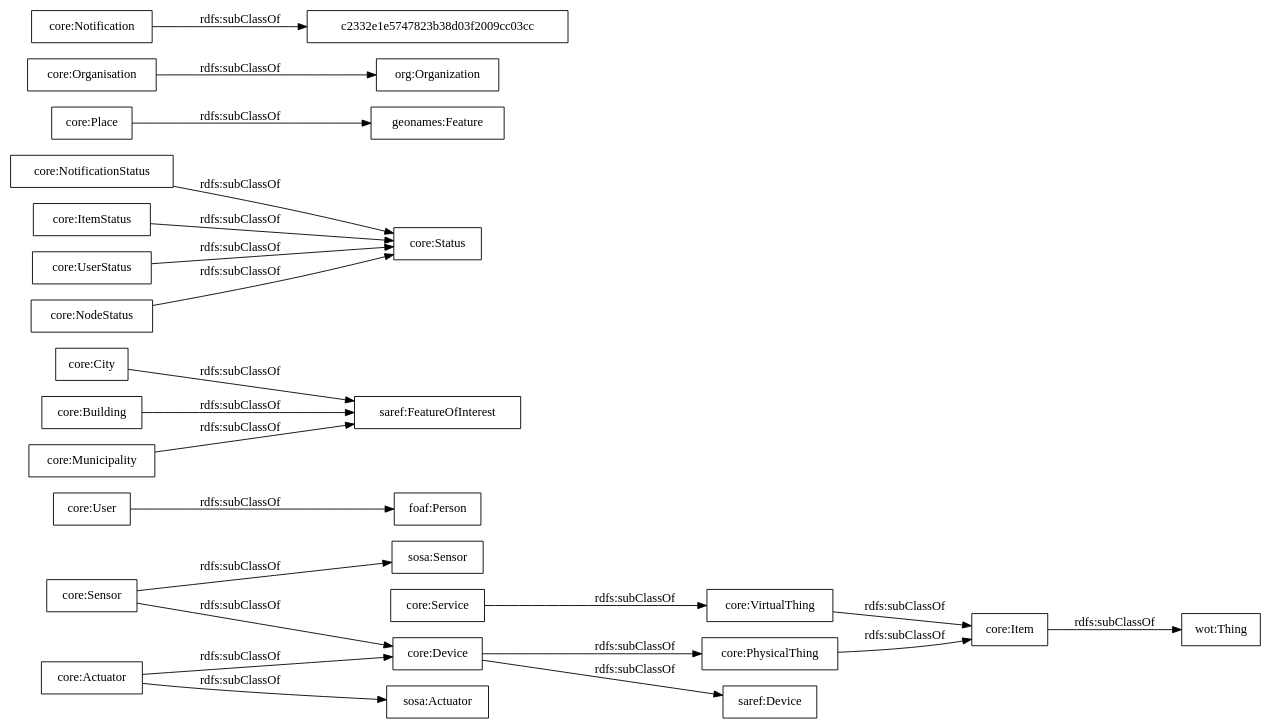
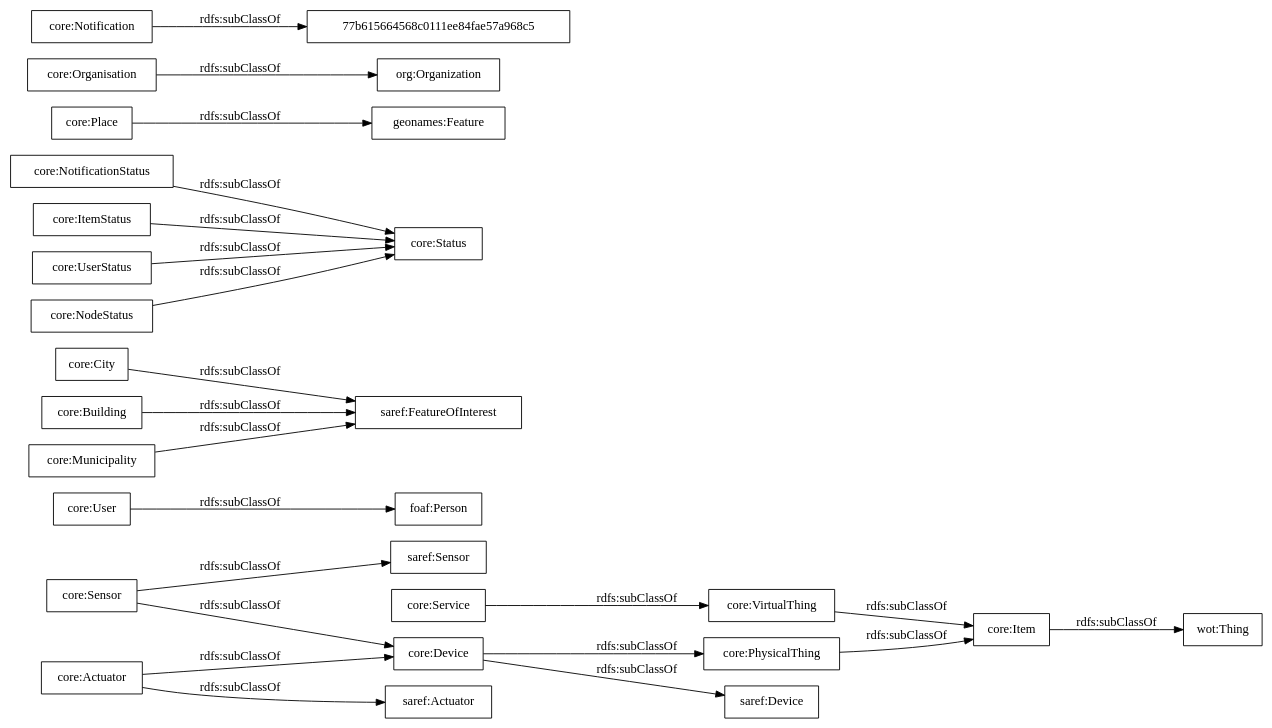
Before and after one commit to oeg-upm/auroral-core-ontology: the diagram in OnToology/ontology/auroral-core.ttl/diagrams/ar2dtool-taxonomy/auroral-core.ttl.png.dot, drawn with Graphviz. The commit also changed 12 other files, not shown here.

```diff
--- a/OnToology/ontology/auroral-core.ttl/diagrams/ar2dtool-taxonomy/auroral-core.ttl.png.dot
+++ b/OnToology/ontology/auroral-core.ttl/diagrams/ar2dtool-taxonomy/auroral-core.ttl.png.dot
@@ -1,27 +1,27 @@
 digraph ar2dtool_diagram { 
 rankdir=LR;
 size="1000"
-node [shape = rectangle, color="black"]; "wot:Thing" "core:User" "saref:Device" "core:City" "core:NotificationStatus" "geonames:Feature" "core:Status" "core:Service" "core:Device" "core:Sensor" "core:Actuator" "core:Organisation" "foaf:Person" "core:Building" "org:Organization" "core:Item" "core:Place" "core:Notification" "core:ItemStatus" "core:PhysicalThing" "sosa:Actuator" "core:UserStatus" "core:NodeStatus" "core:Municipality" "core:VirtualThing" "saref:FeatureOfInterest" "sosa:Sensor" "c2332e1e5747823b38d03f2009cc03cc" ; /*classes style*/
+node [shape = rectangle, color="black"]; "wot:Thing" "saref:Actuator" "core:User" "saref:Device" "core:City" "core:NotificationStatus" "geonames:Feature" "core:Status" "core:Service" "core:Device" "core:Sensor" "core:Actuator" "core:Organisation" "foaf:Person" "core:Building" "org:Organization" "core:Item" "core:Place" "core:Notification" "core:ItemStatus" "core:PhysicalThing" "core:UserStatus" "core:NodeStatus" "core:Municipality" "core:VirtualThing" "saref:FeatureOfInterest" "saref:Sensor" "77b615664568c0111ee84fae57a968c5" ; /*classes style*/
 	"core:ItemStatus" -> "core:Status" [ label = "rdfs:subClassOf" ];
 	"core:Service" -> "core:VirtualThing" [ label = "rdfs:subClassOf" ];
 	"core:Organisation" -> "org:Organization" [ label = "rdfs:subClassOf" ];
 	"core:User" -> "foaf:Person" [ label = "rdfs:subClassOf" ];
 	"core:Building" -> "saref:FeatureOfInterest" [ label = "rdfs:subClassOf" ];
 	"core:PhysicalThing" -> "core:Item" [ label = "rdfs:subClassOf" ];
 	"core:Device" -> "saref:Device" [ label = "rdfs:subClassOf" ];
 	"core:Device" -> "core:PhysicalThing" [ label = "rdfs:subClassOf" ];
 	"core:Municipality" -> "saref:FeatureOfInterest" [ label = "rdfs:subClassOf" ];
 	"core:NodeStatus" -> "core:Status" [ label = "rdfs:subClassOf" ];
 	"core:UserStatus" -> "core:Status" [ label = "rdfs:subClassOf" ];
+	"core:Sensor" -> "saref:Sensor" [ label = "rdfs:subClassOf" ];
 	"core:Sensor" -> "core:Device" [ label = "rdfs:subClassOf" ];
-	"core:Sensor" -> "sosa:Sensor" [ label = "rdfs:subClassOf" ];
 	"core:VirtualThing" -> "core:Item" [ label = "rdfs:subClassOf" ];
+	"core:Actuator" -> "saref:Actuator" [ label = "rdfs:subClassOf" ];
 	"core:Actuator" -> "core:Device" [ label = "rdfs:subClassOf" ];
-	"core:Actuator" -> "sosa:Actuator" [ label = "rdfs:subClassOf" ];
 	"core:Item" -> "wot:Thing" [ label = "rdfs:subClassOf" ];
 	"core:Place" -> "geonames:Feature" [ label = "rdfs:subClassOf" ];
-	"core:Notification" -> "c2332e1e5747823b38d03f2009cc03cc" [ label = "rdfs:subClassOf" ];
+	"core:Notification" -> "77b615664568c0111ee84fae57a968c5" [ label = "rdfs:subClassOf" ];
 	"core:NotificationStatus" -> "core:Status" [ label = "rdfs:subClassOf" ];
 	"core:City" -> "saref:FeatureOfInterest" [ label = "rdfs:subClassOf" ];
 
 }
```
